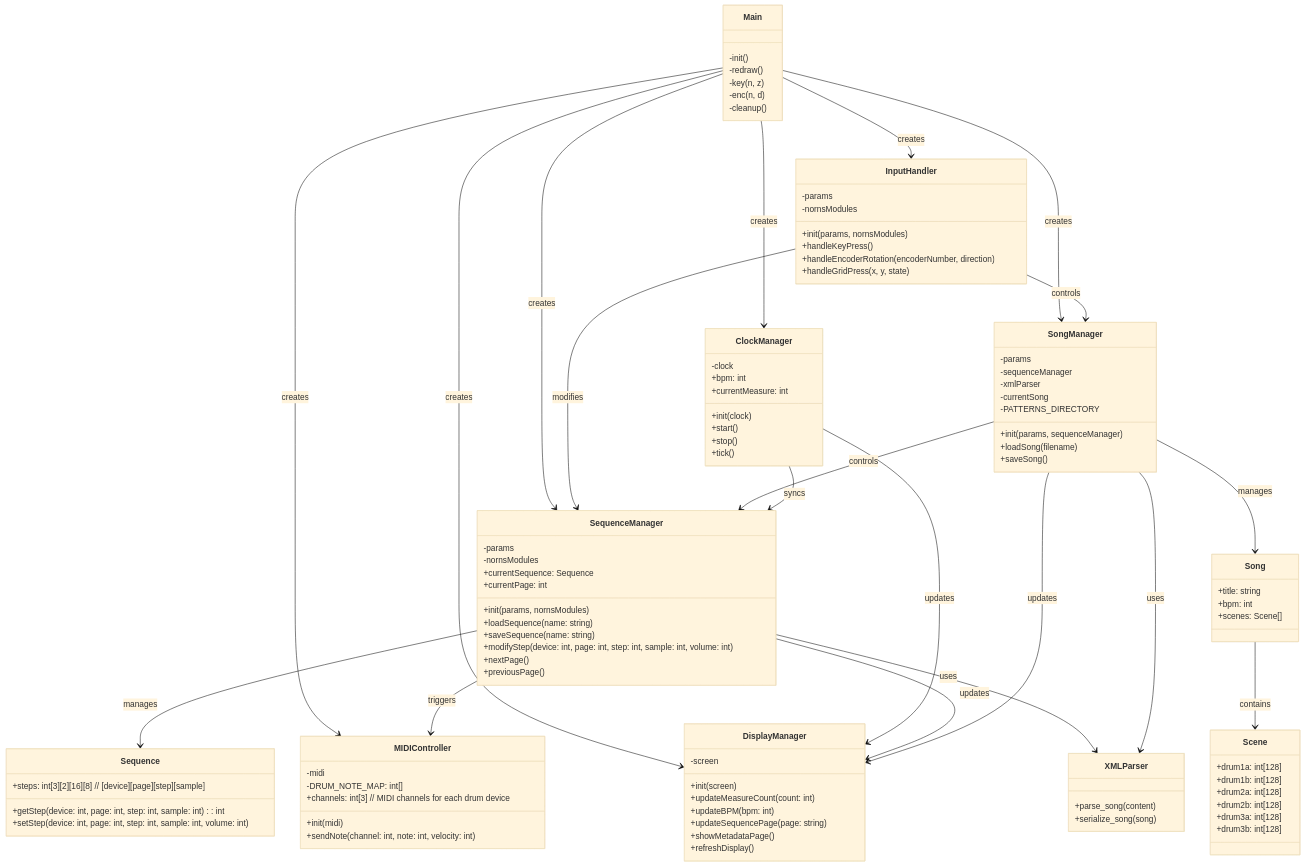
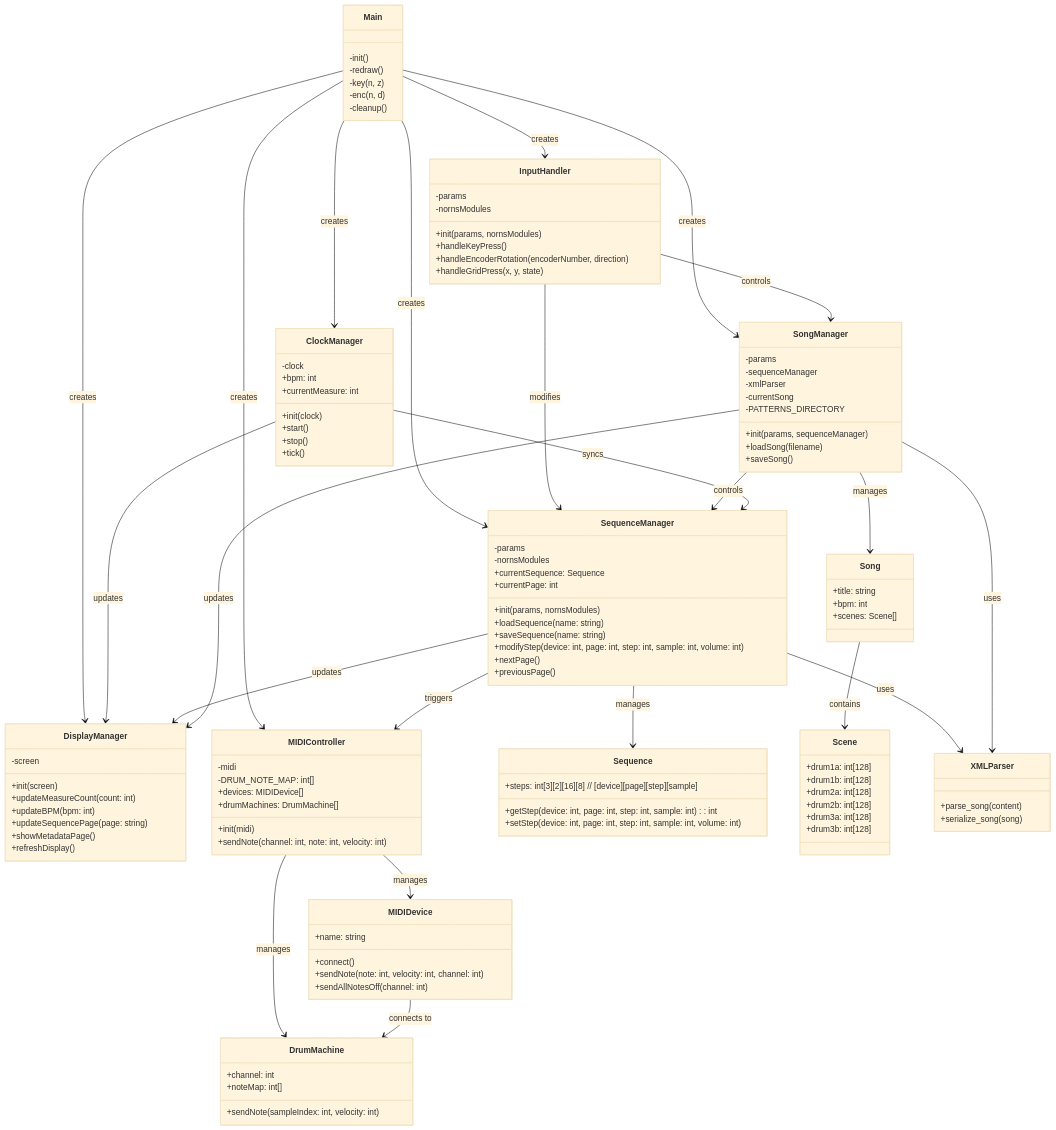
Before and after one commit to joshuacook/tens: the diagram in tens.mmd, drawn with Mermaid (base theme). The commit also changed 7 other files, not shown here.

Commit message:
revised midi device

````diff
--- a/tens.mmd
+++ b/tens.mmd
@@ -38,7 +38,19 @@
         +init(midi)
         -DRUM_NOTE_MAP: int[]
         +sendNote(channel: int, note: int, velocity: int)
-        +channels: int[3]  // MIDI channels for each drum device
+        +devices: MIDIDevice[]
+        +drumMachines: DrumMachine[]
+    }
+    class MIDIDevice {
+        +name: string
+        +connect()
+        +sendNote(note: int, velocity: int, channel: int)
+        +sendAllNotesOff(channel: int)
+    }
+    class DrumMachine {
+        +channel: int
+        +noteMap: int[]
+        +sendNote(sampleIndex: int, velocity: int)
     }
     class Sequence {
         +steps: int[3][2][16][8]  // [device][page][step][sample]
@@ -104,4 +116,7 @@
     SongManager --> DisplayManager : updates
     SequenceManager --> XMLParser : uses
     SongManager --> XMLParser : uses
+    MIDIController --> MIDIDevice : manages
+    MIDIController --> DrumMachine : manages
+    MIDIDevice --> DrumMachine : connects to
 ```
````
